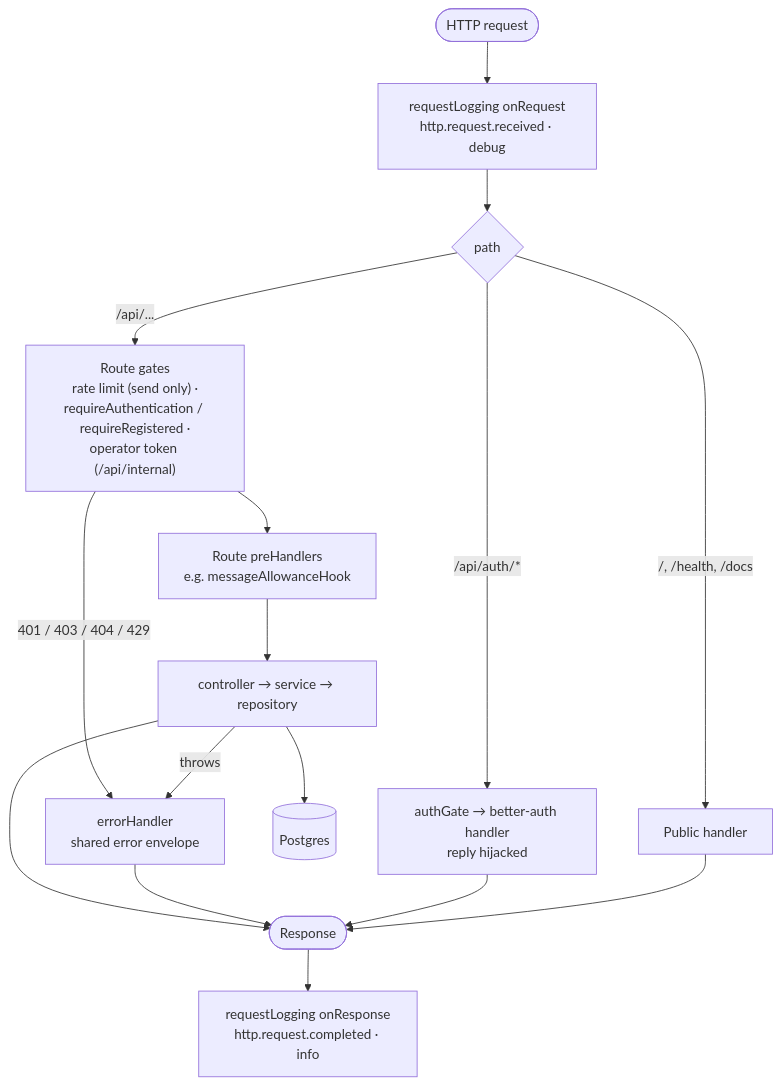
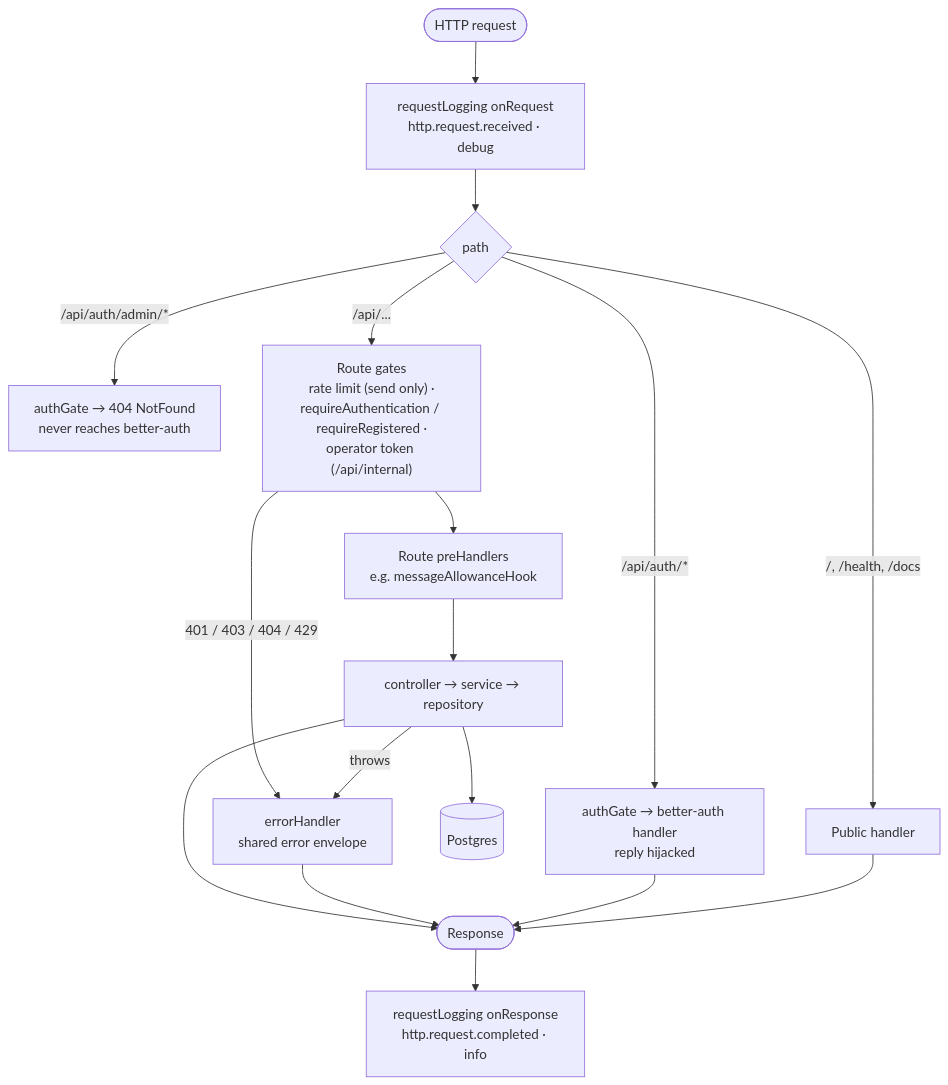
The fourth of 9 diagrams in docs/architecture.md (itsDaiton/nebula-chat), drawn with Mermaid before and after one commit. The commit also changed 11 other files, not shown here.

Commit message:
feat(auth): NEB-538 enable the admin and two-factor plugins with the Audit log table (#691)

````diff
--- a/docs/architecture.md
+++ b/docs/architecture.md
@@ -121,18 +121,19 @@
 ```mermaid
 flowchart TD
   req([HTTP request]) --> log1["requestLogging onRequest<br/>http.request.received · debug"]
   log1 --> which{path}
+  which -->|"/api/auth/admin/*"| nf["authGate → 404 NotFound<br/>never reaches better-auth"]
   which -->|"/api/auth/*"| ba["authGate → better-auth handler<br/>reply hijacked"]
   which -->|"/, /health, /docs"| public[Public handler]
   which -->|"/api/..."| gates["Route gates<br/>rate limit (send only) ·<br/>requireAuthentication / requireRegistered ·<br/>operator token (/api/internal)"]
   gates --> pre["Route preHandlers<br/>e.g. messageAllowanceHook"]
   pre --> handler["controller → service → repository"]
   handler --> pg[(Postgres)]
   gates -->|"401 / 403 / 404 / 429"| err
   handler -->|throws| err["errorHandler<br/>shared error envelope"]
   handler --> res([Response])
   err --> res
   ba --> res
   public --> res
   res --> log2["requestLogging onResponse<br/>http.request.completed · info"]
 ```
````
